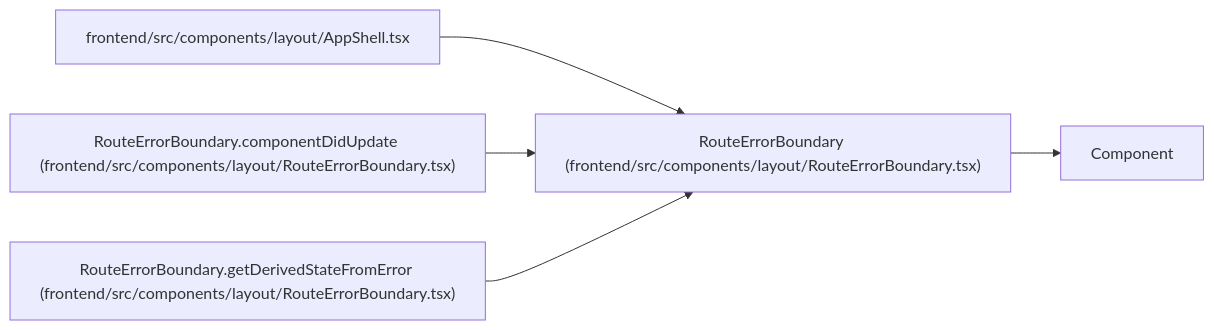
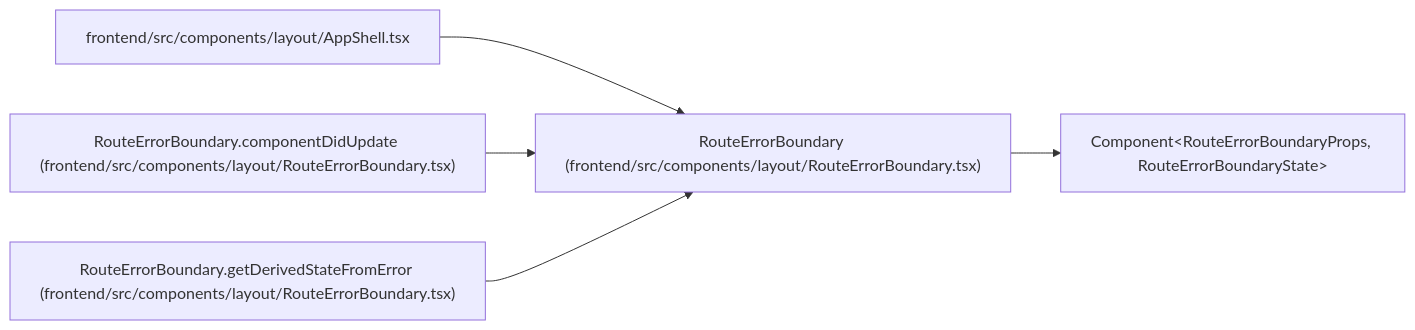
Before and after one commit to Denissvgn/WorkChord: the diagram in docs/llm_wiki/entities/RouteErrorBoundary.md, drawn with Mermaid. The commit also changed other lines of this file and 25171 other files, not shown here.

````diff
--- a/docs/llm_wiki/entities/RouteErrorBoundary.md
+++ b/docs/llm_wiki/entities/RouteErrorBoundary.md
@@ -30,16 +30,16 @@
 ```mermaid
 flowchart LR
     n0["RouteErrorBoundary (frontend/src/components/layout/RouteErrorBoundary.tsx)"]
-    n1["Component"]
+    n1["Component#60;RouteErrorBoundaryProps, RouteErrorBoundaryState#62;"]
     n2["frontend/src/components/layout/AppShell.tsx"]
     n3["RouteErrorBoundary.componentDidUpdate (frontend/src/components/layout/RouteErrorBoundary.tsx)"]
     n4["RouteErrorBoundary.getDerivedStateFromError (frontend/src/components/layout/RouteErrorBoundary.tsx)"]
     n0 --> n1
     n2 --> n0
     n3 --> n0
     n4 --> n0
     click n0 "../modules/RouteErrorBoundary.md"
     click n2 "../modules/AppShell.md"
     click n3 "../modules/RouteErrorBoundary.md"
     click n4 "../modules/RouteErrorBoundary.md"
 ```
````
